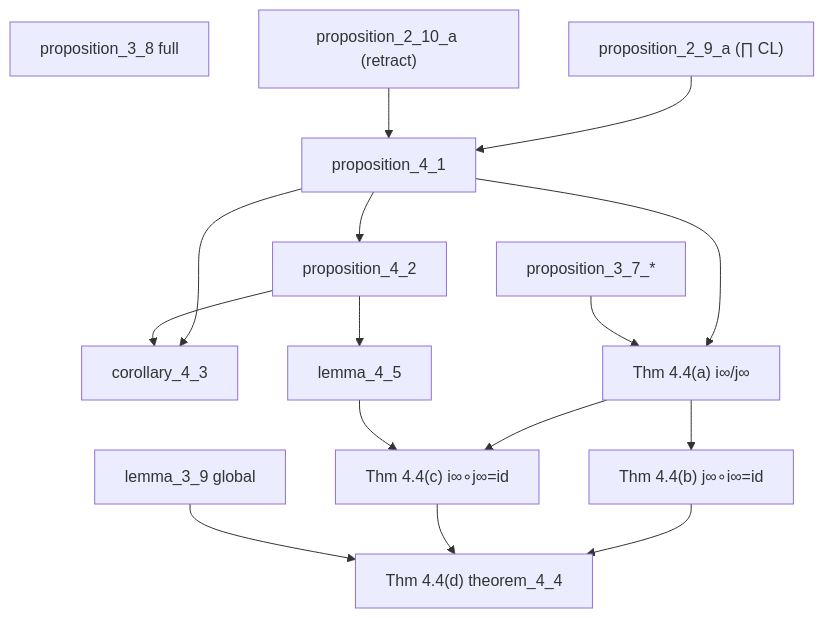
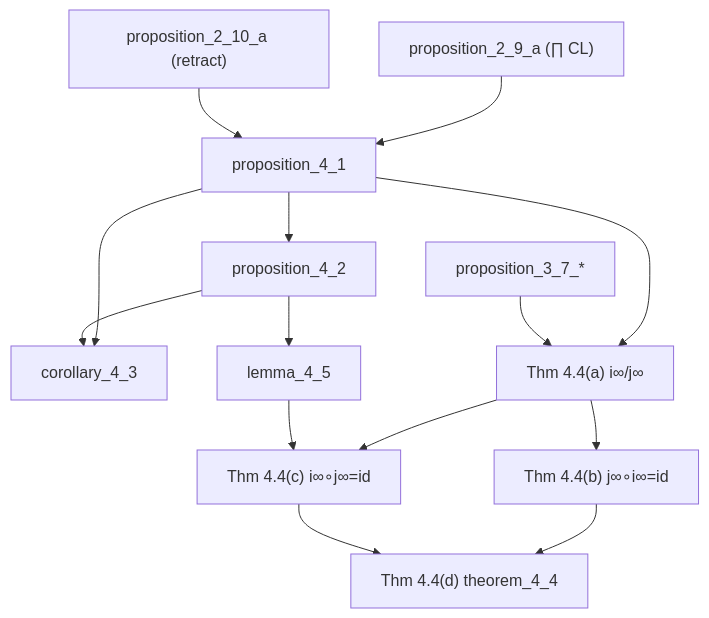
Before and after one commit to catskillsresearch/scott1972: the fifth of 5 diagrams in arxiv.md, drawn with Mermaid. The commit also changed other lines of this file and 4 other files, not shown here.

````diff
--- a/arxiv.md
+++ b/arxiv.md
@@ -370,31 +364,28 @@
 ```mermaid
 flowchart TD
-  P38["proposition_3_8 full"]
-  L39["lemma_3_9 global"]
   P37["proposition_3_7_*"]
   P29a["proposition_2_9_a (∏ CL)"]
   P210a["proposition_2_10_a (retract)"]
   P41["proposition_4_1"]
   P42["proposition_4_2"]
   C43["corollary_4_3"]
   L45["lemma_4_5"]
   T44a["Thm 4.4(a) i∞/j∞"]
   T44b["Thm 4.4(b) j∞∘i∞=id"]
   T44c["Thm 4.4(c) i∞∘j∞=id"]
   T44d["Thm 4.4(d) theorem_4_4"]
 
   P29a --> P41
   P210a --> P41
   P41 --> P42
   P41 --> C43
   P42 --> C43
   P42 --> L45
   P41 --> T44a
   P37 --> T44a
   T44a --> T44b
   T44a --> T44c
   L45 --> T44c
   T44b --> T44d
   T44c --> T44d
-  L39 --> T44d
 ```
````
